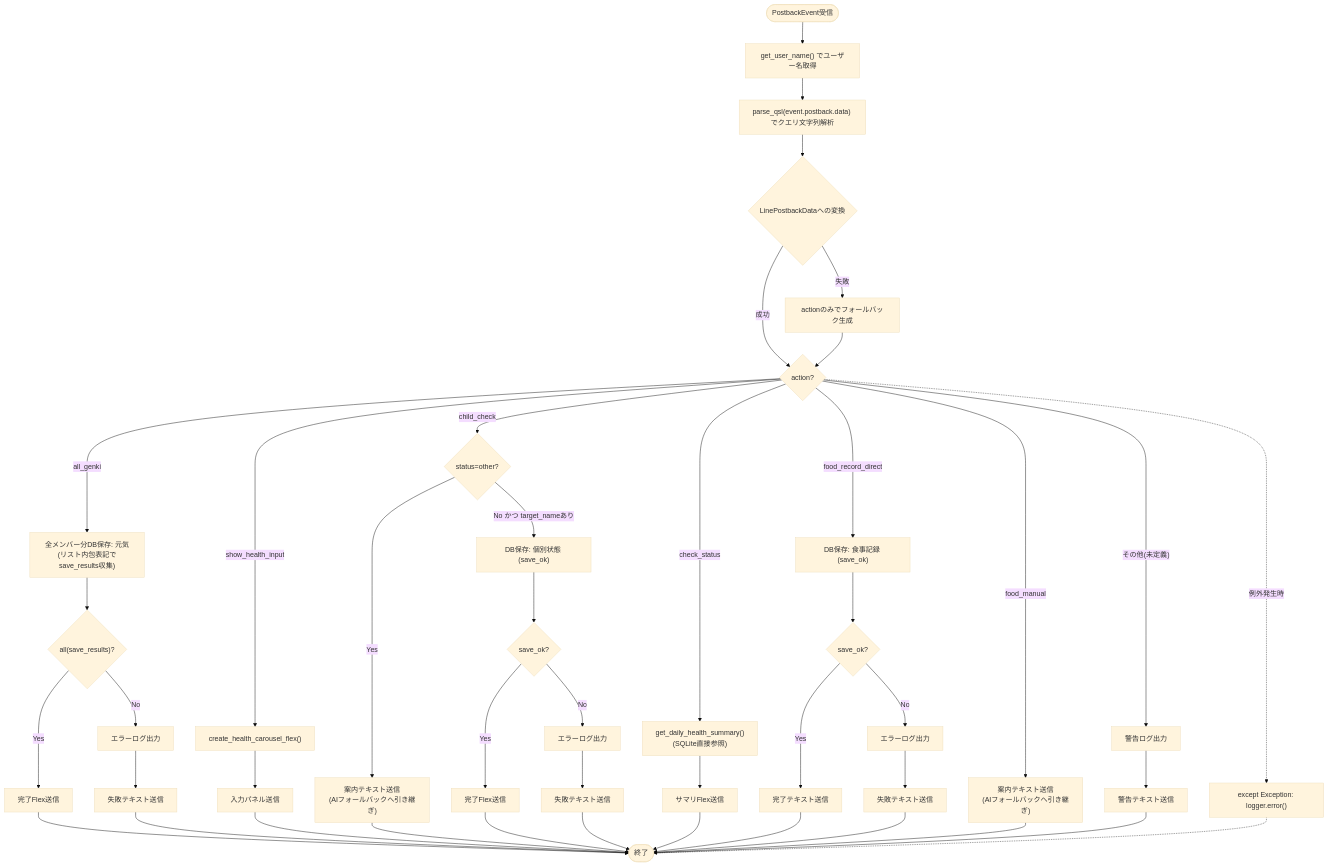
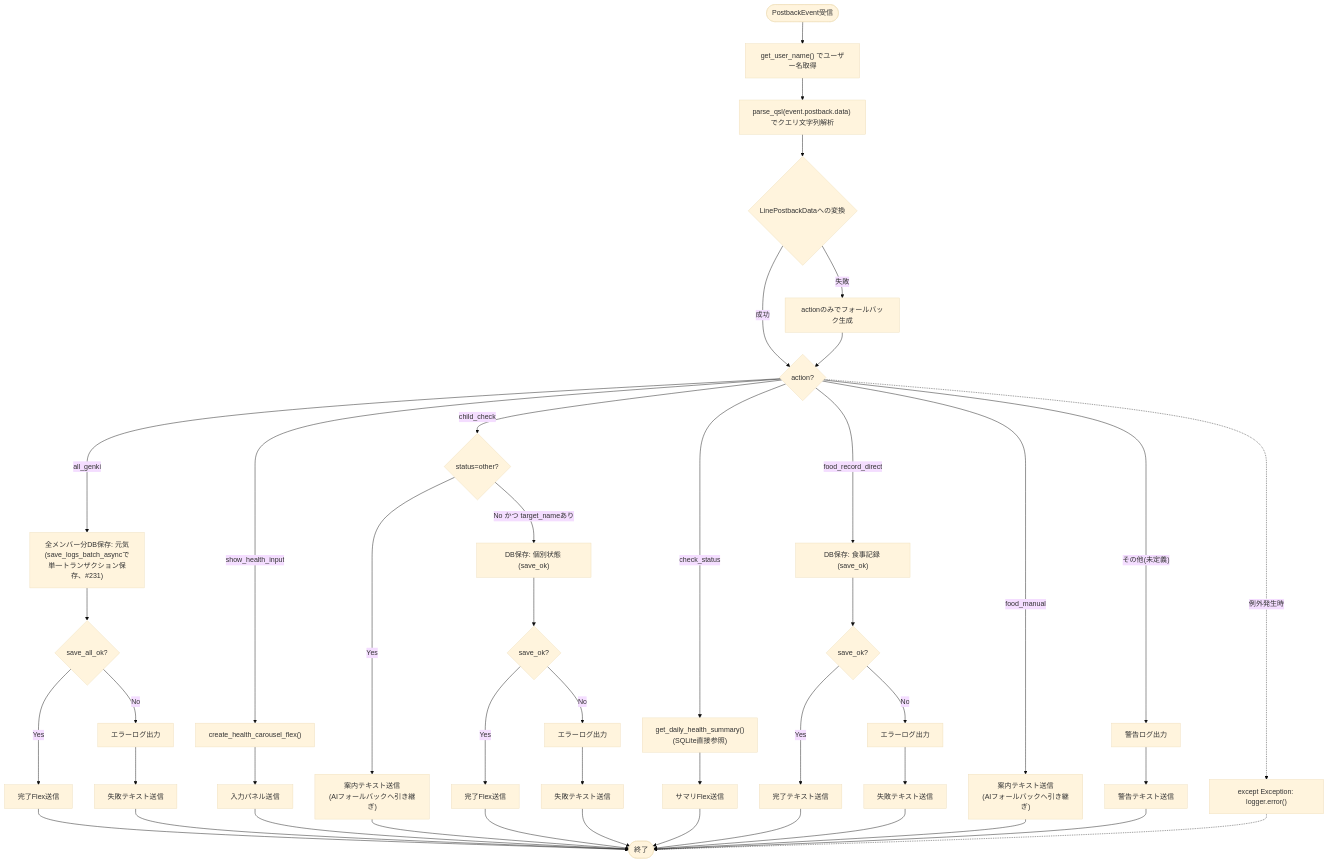
Before and after one commit to mmtigers/my_python_project: the first of 2 diagrams in docs/specifications/MY_HOME_SYSTEM/line_logic.md, drawn with Mermaid (base theme). The commit also changed other lines of this file and 5 other files, not shown here.

````diff
--- a/docs/specifications/MY_HOME_SYSTEM/line_logic.md
+++ b/docs/specifications/MY_HOME_SYSTEM/line_logic.md
@@ -260,39 +260,39 @@
 ```mermaid
 flowchart TD
     Start([PostbackEvent受信]) --> GetUser["get_user_name() でユーザー名取得"]
     GetUser --> ParseQS["parse_qsl(event.postback.data) でクエリ文字列解析"]
     ParseQS --> ModelParse{"LinePostbackDataへの変換"}
     ModelParse -- 成功 --> ActionCheck{"action?"}
     ModelParse -- 失敗 --> Fallback["actionのみでフォールバック生成"] --> ActionCheck
 
-    ActionCheck -->|"all_genki"| PB_AllGenki["全メンバー分DB保存: 元気<br>(リスト内包表記でsave_results収集)"] --> PB_AllGenkiCheck{"all(save_results)?"}
+    ActionCheck -->|"all_genki"| PB_AllGenki["全メンバー分DB保存: 元気<br>(save_logs_batch_asyncで単一トランザクション保存、#231)"] --> PB_AllGenkiCheck{"save_all_ok?"}
     PB_AllGenkiCheck -->|No| PB_AllGenkiFail["エラーログ出力"] --> PB_Reply1b["失敗テキスト送信"]
     PB_AllGenkiCheck -->|Yes| PB_Reply1["完了Flex送信"]
     ActionCheck -->|"show_health_input"| PB_Show["create_health_carousel_flex()"] --> PB_Reply2["入力パネル送信"]
     ActionCheck -->|"child_check"| StatusCheck{"status=other?"}
     StatusCheck -->|Yes| PB_Prompt["案内テキスト送信<br>(AIフォールバックへ引き継ぎ)"]
     StatusCheck -->|No かつ target_nameあり| PB_ChildLog["DB保存: 個別状態 (save_ok)"] --> PB_ChildCheck{"save_ok?"}
     PB_ChildCheck -->|No| PB_ChildFail["エラーログ出力"] --> PB_Reply4b["失敗テキスト送信"]
     PB_ChildCheck -->|Yes| PB_Reply4["完了Flex送信"]
     ActionCheck -->|"check_status"| PB_Summary["get_daily_health_summary()<br>(SQLite直接参照)"] --> PB_Reply5["サマリFlex送信"]
     ActionCheck -->|"food_record_direct"| PB_FoodDirect["DB保存: 食事記録 (save_ok)"] --> PB_FoodCheck{"save_ok?"}
     PB_FoodCheck -->|No| PB_FoodFail["エラーログ出力"] --> PB_Reply6b["失敗テキスト送信"]
     PB_FoodCheck -->|Yes| PB_Reply6a["完了テキスト送信"]
     ActionCheck -->|"food_manual"| PB_FoodManual["案内テキスト送信<br>(AIフォールバックへ引き継ぎ)"]
     ActionCheck -->|"その他(未定義)"| PB_Fallback["警告ログ出力"] --> PB_Reply7["警告テキスト送信"]
 
     PB_Reply1 --> End([終了])
     PB_Reply1b --> End
     PB_Reply2 --> End
     PB_Prompt --> End
     PB_Reply4 --> End
     PB_Reply4b --> End
     PB_Reply5 --> End
     PB_Reply6a --> End
     PB_Reply6b --> End
     PB_FoodManual --> End
     PB_Reply7 --> End
 
     ActionCheck -.->|"例外発生時"| ExHandler["except Exception: logger.error()"] -.-> End
 
 ```
````
